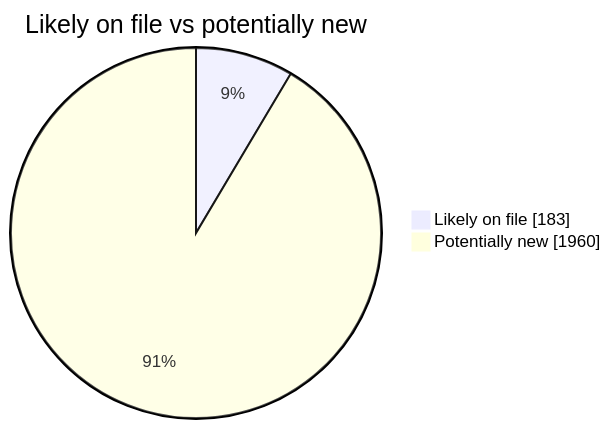
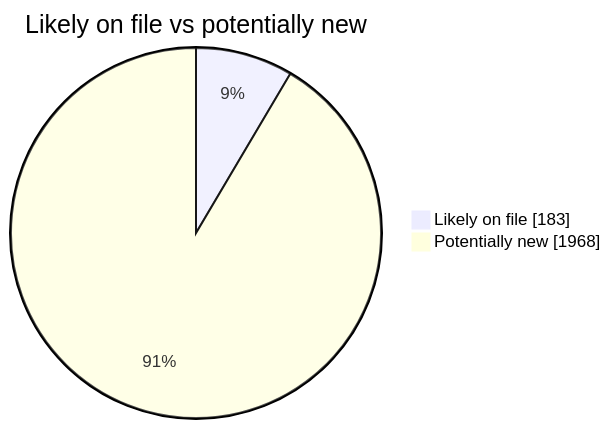
The second of 4 diagrams in README.md (martinbalfanz/social-scanner-reports), drawn with Mermaid before and after one commit. The commit also changed other lines of this file and 4 other files, not shown here.

````diff
--- a/README.md
+++ b/README.md
@@ -40,5 +40,5 @@
 ```mermaid
 pie showData title Likely on file vs potentially new
     "Likely on file" : 183
-    "Potentially new" : 1960
+    "Potentially new" : 1968
 ```
````
